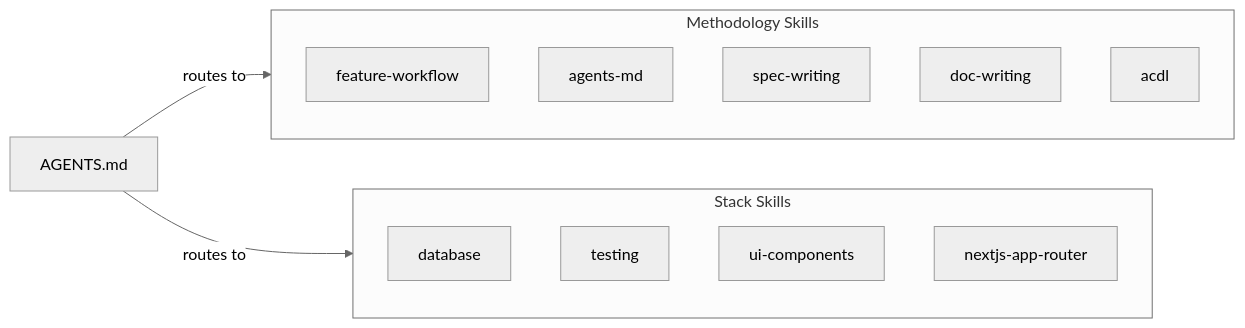
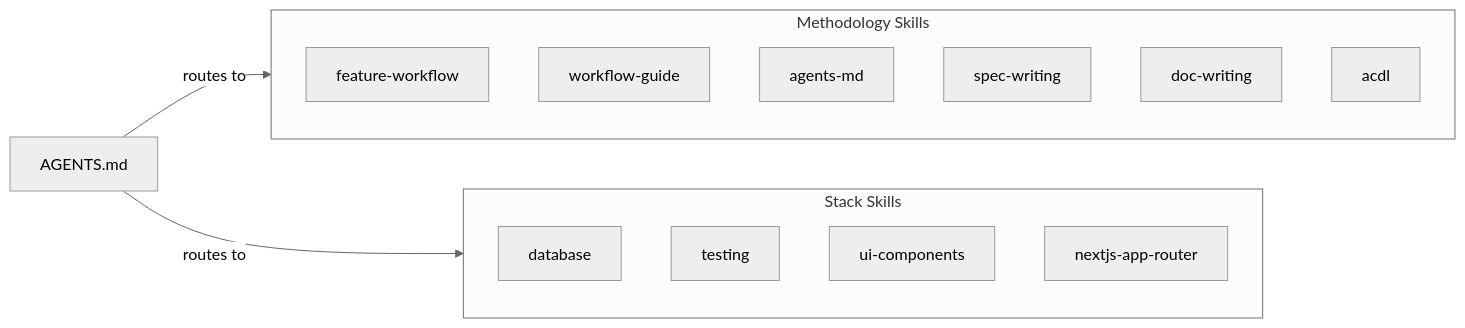
Before and after one commit to SergiuSavva/ai-context-docs-lifecycle: the first of 2 diagrams in content/guides/skills-catalog.md, drawn with Mermaid (neutral theme). The commit also changed other lines of this file and 13 other files, not shown here.

````diff
--- a/content/guides/skills-catalog.md
+++ b/content/guides/skills-catalog.md
@@ -9,20 +9,21 @@
 ```mermaid
 flowchart LR
     subgraph methodology [Methodology Skills]
         FW["feature-workflow"]
+        WG["workflow-guide"]
         AM["agents-md"]
         SW["spec-writing"]
         DW["doc-writing"]
         AC["acdl"]
     end
 
     subgraph stack [Stack Skills]
         DB["database"]
         TS["testing"]
         UI["ui-components"]
         NX["nextjs-app-router"]
     end
 
     AGENTS["AGENTS.md"] -->|"routes to"| methodology
     AGENTS -->|"routes to"| stack
 ```
````
